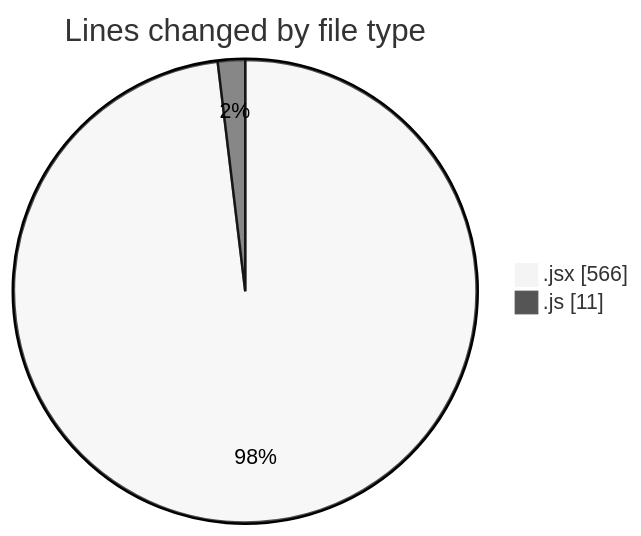
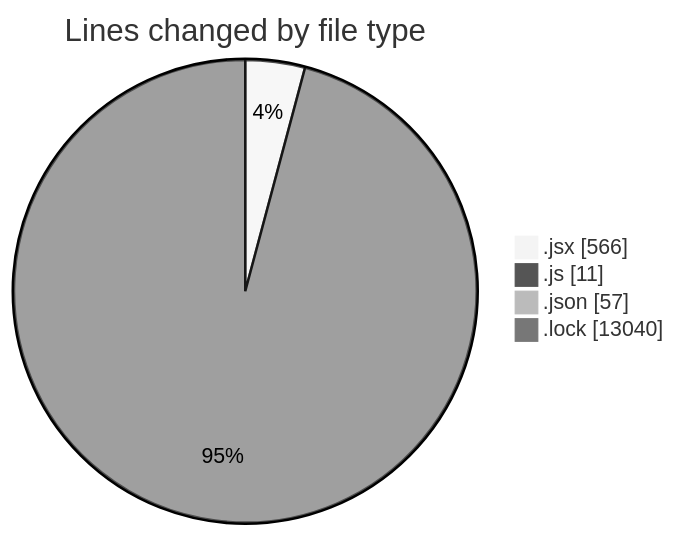
One commit to momahboobian/code-tracking changed the first of 2 diagrams in 2026-02-10/cda/README.md. Above: the diagram before and after it, drawn with Mermaid (neutral theme). The commit also changed other lines of this file and 1 other file, not shown here.

````diff
--- a/2026-02-10/cda/README.md
+++ b/2026-02-10/cda/README.md
@@ -22,6 +24,8 @@
 ```mermaid
 pie showData
 title Lines changed by file type
 ".jsx" : 566
 ".js" : 11
+".json" : 57
+".lock" : 13040
 ```
````
